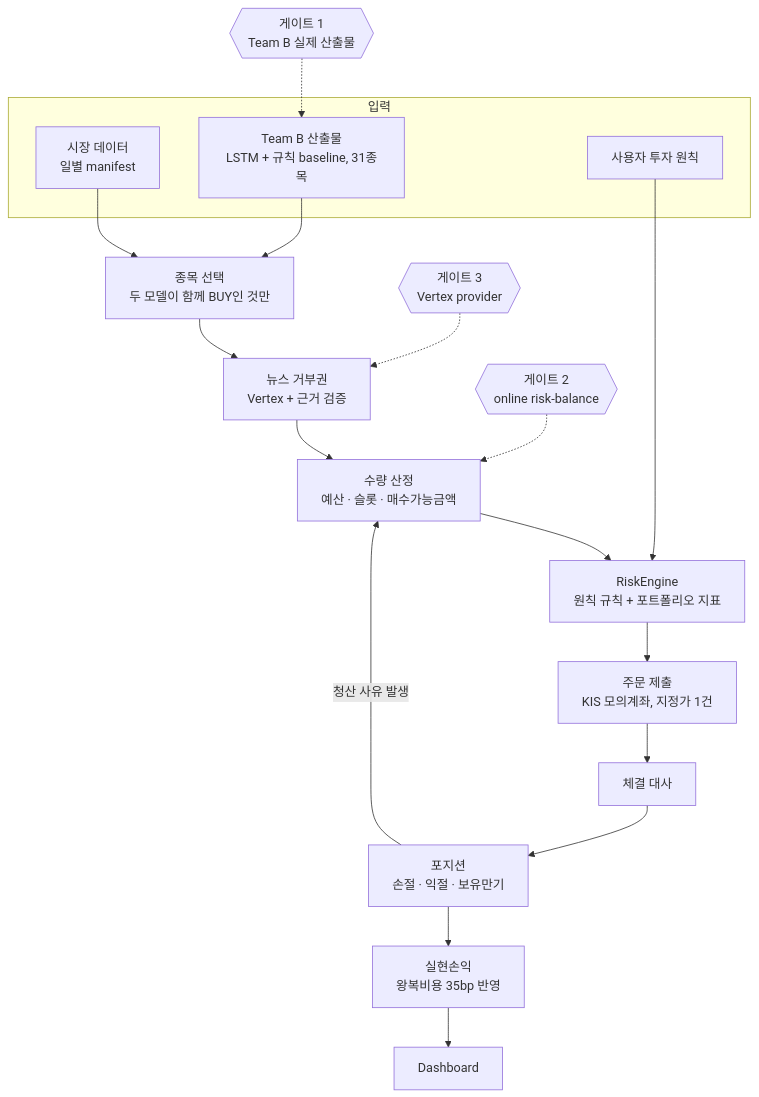
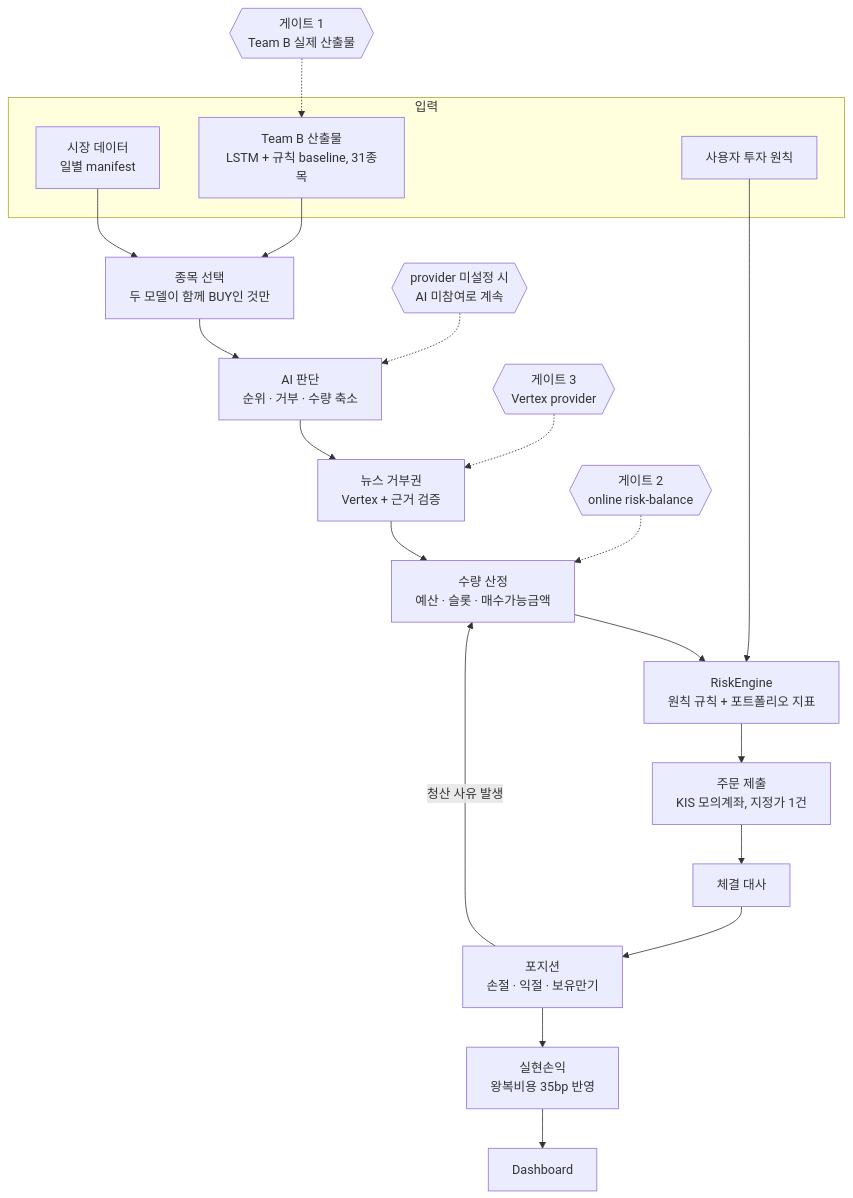
Before and after one commit to robinhood0107/Capstone-AI-Trading-Coach: the diagram in README.md, drawn with Mermaid. The commit also changed other lines of this file and 9 other files, not shown here.

````diff
--- a/README.md
+++ b/README.md
@@ -17,28 +19,30 @@
 ```mermaid
 flowchart TB
   subgraph IN["입력"]
     MD["시장 데이터<br/>일별 manifest"]
     TB["Team B 산출물<br/>LSTM + 규칙 baseline, 31종목"]
     PR["사용자 투자 원칙"]
   end
 
   SEL["종목 선택<br/>두 모델이 함께 BUY인 것만"]
+  AIJ["AI 판단<br/>순위 · 거부 · 수량 축소"]
   NEWS["뉴스 거부권<br/>Vertex + 근거 검증"]
   SIZE["수량 산정<br/>예산 · 슬롯 · 매수가능금액"]
   RISK["RiskEngine<br/>원칙 규칙 + 포트폴리오 지표"]
   SUB["주문 제출<br/>KIS 모의계좌, 지정가 1건"]
   REC["체결 대사"]
   POS["포지션<br/>손절 · 익절 · 보유만기"]
   PNL["실현손익<br/>왕복비용 35bp 반영"]
 
   MD --> SEL
   TB --> SEL
-  SEL --> NEWS --> SIZE --> RISK --> SUB --> REC --> POS --> PNL
+  SEL --> AIJ --> NEWS --> SIZE --> RISK --> SUB --> REC --> POS --> PNL
   PR --> RISK
   POS -- "청산 사유 발생" --> SIZE
   PNL --> DASH["Dashboard"]
 
   G1{{"게이트 1<br/>Team B 실제 산출물"}} -.-> TB
   G2{{"게이트 2<br/>online risk-balance"}} -.-> SIZE
   G3{{"게이트 3<br/>Vertex provider"}} -.-> NEWS
+  G4{{"provider 미설정 시<br/>AI 미참여로 계속"}} -.-> AIJ
 ```
````
